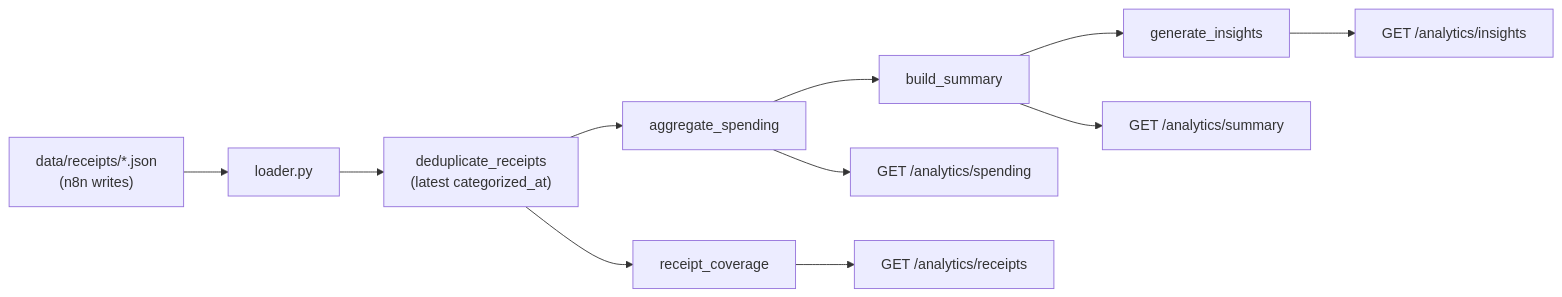
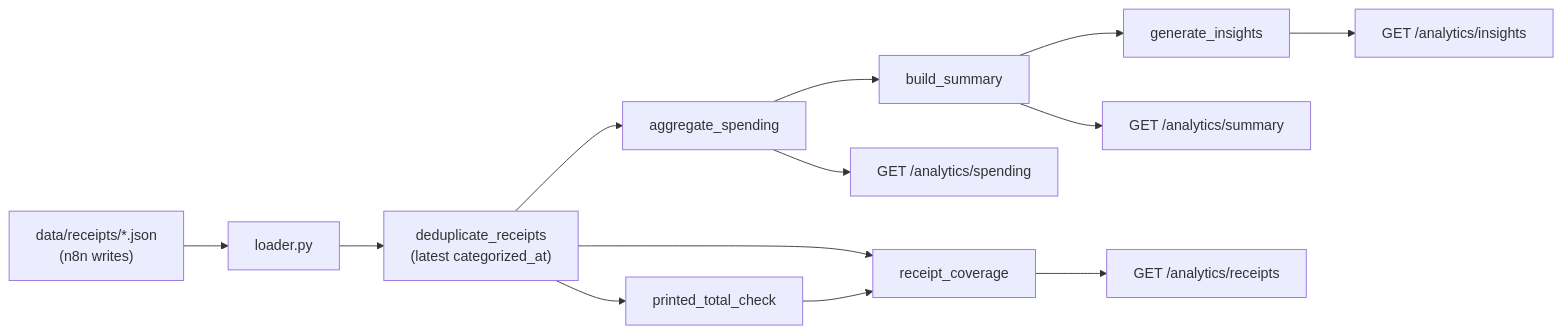
The diagram in docs/analytics.md (RoxanaTapia/receipt-intelligence-api), drawn with Mermaid before and after one commit. The commit also changed other lines of this file and 2 other files, not shown here.

First line of the commit message:
Document the printed-total check and n8n field contract.

````diff
--- a/docs/analytics.md
+++ b/docs/analytics.md
@@ -13,13 +13,15 @@
 ```mermaid
 flowchart LR
   Disk["data/receipts/*.json\n(n8n writes)"] --> Loader["loader.py"]
   Loader --> Dedup["deduplicate_receipts\n(latest categorized_at)"]
   Dedup --> Agg["aggregate_spending"]
   Agg --> Summary["build_summary"]
   Summary --> Insights["generate_insights"]
   Dedup --> Coverage["receipt_coverage"]
+  Dedup --> Totals["printed_total_check"]
+  Totals --> Coverage
   Agg --> REST["GET /analytics/spending"]
   Summary --> REST2["GET /analytics/summary"]
   Insights --> REST4["GET /analytics/insights"]
   Coverage --> REST3["GET /analytics/receipts"]
 ```
````
